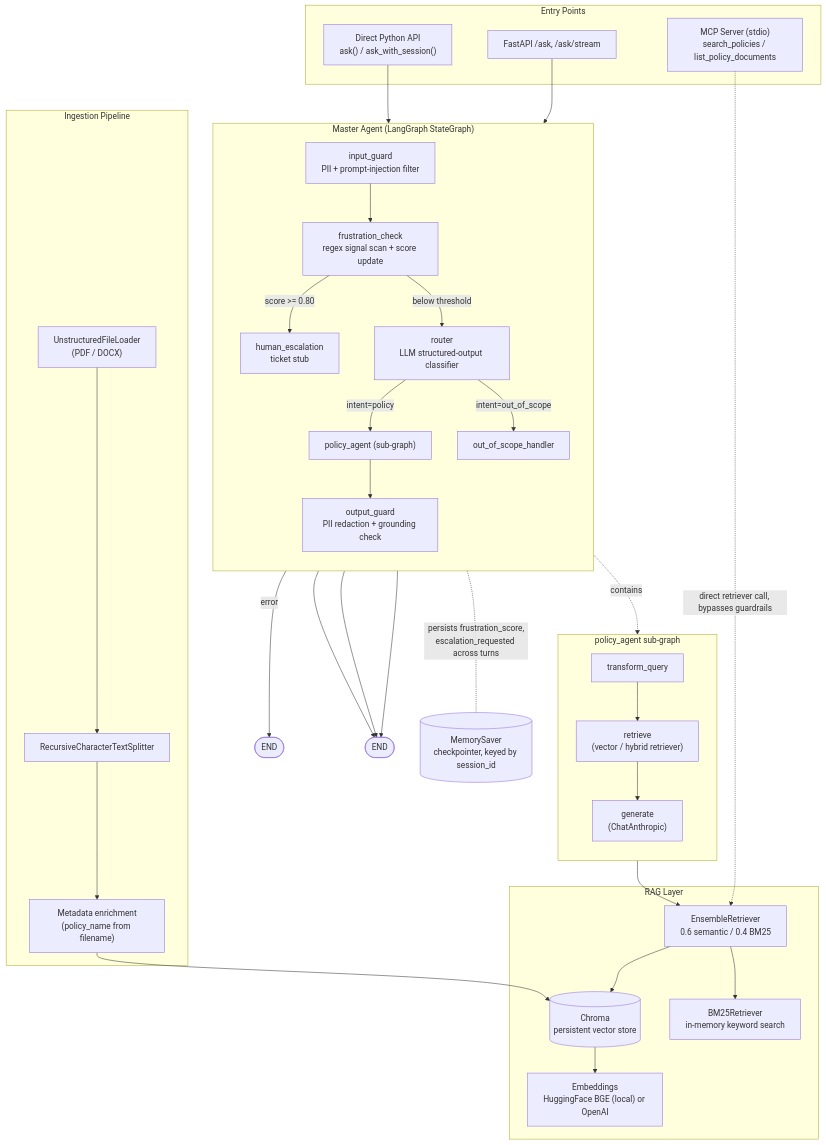
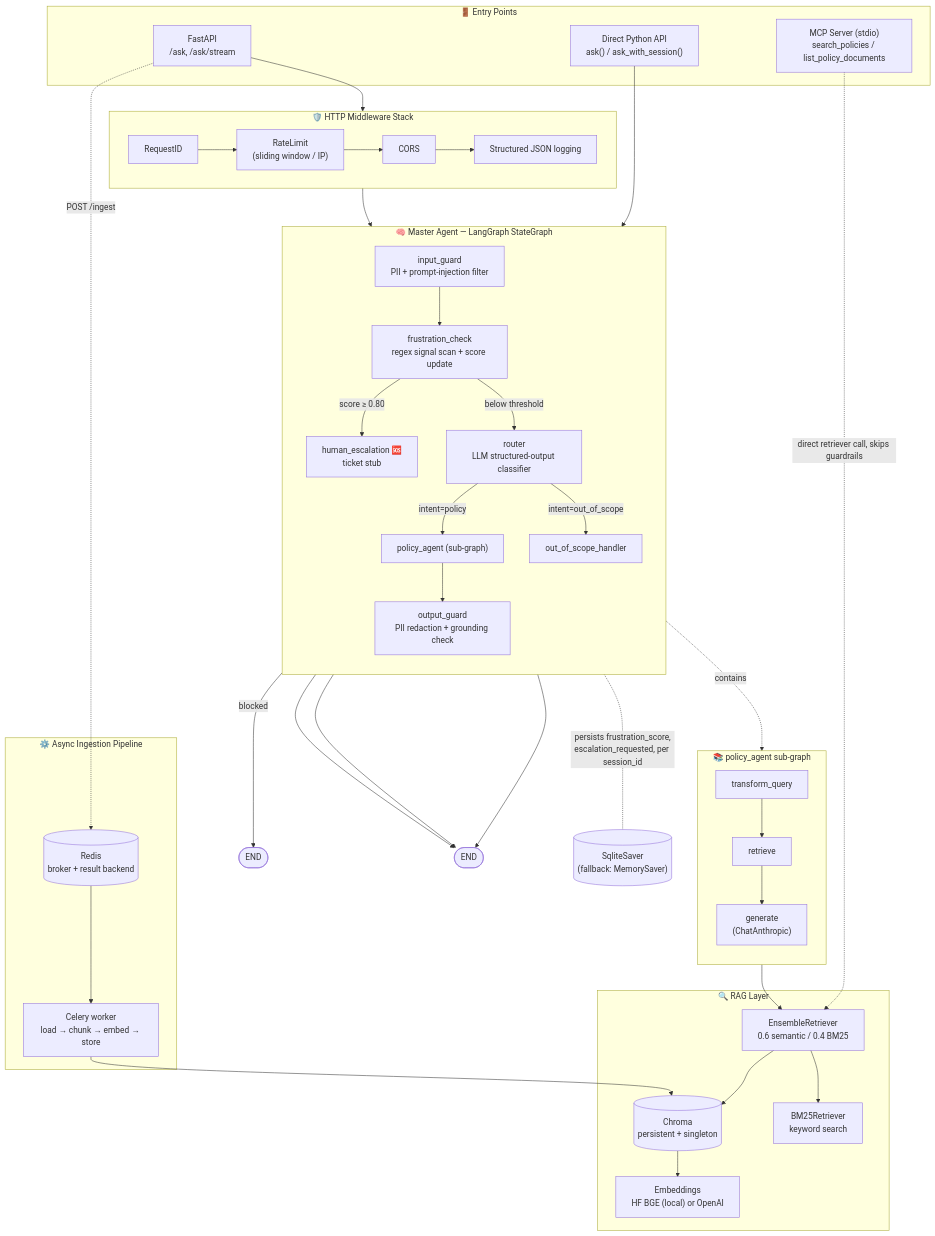
The first of 6 diagrams in README.md (Aniket762/ragent), drawn with Mermaid before and after one commit. The commit also changed other lines of this file, not shown here.

Commit message:
docs: design decisions + graphics - sonnet

````diff
--- a/README.md
+++ b/README.md
@@ -21,62 +57,64 @@
 ```mermaid
 flowchart TB
-    subgraph Clients["Entry Points"]
-        A1["FastAPI /ask, /ask/stream"]
+    subgraph Clients["🚪 Entry Points"]
+        A1["FastAPI\n/ask, /ask/stream"]
         A2["MCP Server (stdio)\nsearch_policies / list_policy_documents"]
         A3["Direct Python API\nask() / ask_with_session()"]
     end
 
-    subgraph Core["Master Agent (LangGraph StateGraph)"]
+    subgraph MW["🛡️ HTTP Middleware Stack"]
+        RID["RequestID"] --> RL["RateLimit\n(sliding window / IP)"] --> CORS["CORS"] --> LOG["Structured JSON logging"]
+    end
+
+    subgraph Core["🧠 Master Agent — LangGraph StateGraph"]
         direction TB
         IG["input_guard\nPII + prompt-injection filter"]
         FC["frustration_check\nregex signal scan + score update"]
         RT["router\nLLM structured-output classifier"]
         PA["policy_agent (sub-graph)"]
         OOS["out_of_scope_handler"]
         OG["output_guard\nPII redaction + grounding check"]
-        HE["human_escalation\nticket stub"]
+        HE["human_escalation 🆘\nticket stub"]
     end
 
-    subgraph SubGraph["policy_agent sub-graph"]
+    subgraph SubGraph["📚 policy_agent sub-graph"]
         direction TB
-        TQ["transform_query"] --> RD["retrieve\n(vector / hybrid retriever)"] --> GN["generate\n(ChatAnthropic)"]
+        TQ["transform_query"] --> RD["retrieve"] --> GN["generate\n(ChatAnthropic)"]
     end
 
-    subgraph RAGLayer["RAG Layer"]
-        VS[("Chroma\npersistent vector store")]
-        EMB["Embeddings\nHuggingFace BGE (local) or OpenAI"]
-        BM["BM25Retriever\nin-memory keyword search"]
+    subgraph RAGLayer["🔍 RAG Layer"]
+        VS[("Chroma\npersistent + singleton")]
+        EMB["Embeddings\nHF BGE (local) or OpenAI"]
+        BM["BM25Retriever\nkeyword search"]
         ENS["EnsembleRetriever\n0.6 semantic / 0.4 BM25"]
     end
 
-    subgraph Ingestion["Ingestion Pipeline"]
-        DOC["UnstructuredFileLoader\n(PDF / DOCX)"]
-        SPLIT["RecursiveCharacterTextSplitter"]
-        META["Metadata enrichment\n(policy_name from filename)"]
+    subgraph AsyncPipe["⚙️ Async Ingestion Pipeline"]
+        REDIS[("Redis\nbroker + result backend")]
+        WORKER["Celery worker\nload → chunk → embed → store"]
     end
 
-    A1 --> IG
+    A1 --> MW --> IG
     A3 --> IG
-    A2 -.direct retriever call, bypasses guardrails.-> ENS
+    A2 -.direct retriever call, skips guardrails.-> ENS
 
-    IG -->|error| END1(["END"])
+    IG -->|blocked| END1(["END"])
     IG --> FC
-    FC -->|score >= 0.80| HE
+    FC -->|score ≥ 0.80| HE
     FC -->|below threshold| RT
     RT -->|intent=policy| PA
     RT -->|intent=out_of_scope| OOS
     PA --> OG --> END2(["END"])
     OOS --> END2
     HE --> END2
 
     PA -.contains.-> SubGraph
-    RD --> ENS
-    ENS --> VS
+    RD --> ENS --> VS
     ENS --> BM
     VS --> EMB
 
-    DOC --> SPLIT --> META --> VS
+    A1 -."POST /ingest".-> REDIS --> WORKER --> VS
 
-    MemorySaver[("MemorySaver\ncheckpointer, keyed by session_id")]
-    Core -. persists frustration_score,\nescalation_requested across turns .- MemorySaver
+    CKPT[("SqliteSaver\n(fallback: MemorySaver)")]
+    Core -. persists frustration_score,\nescalation_requested, per session_id .- CKPT
 ```
````
